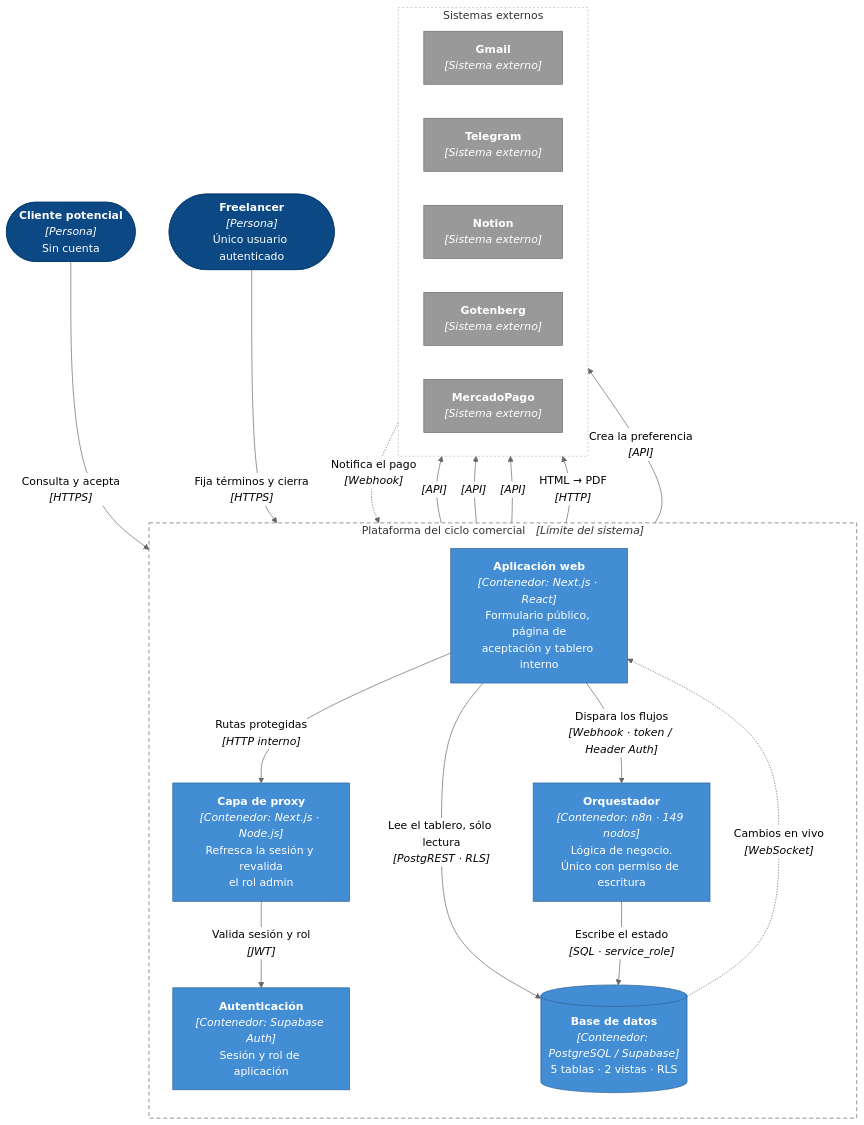
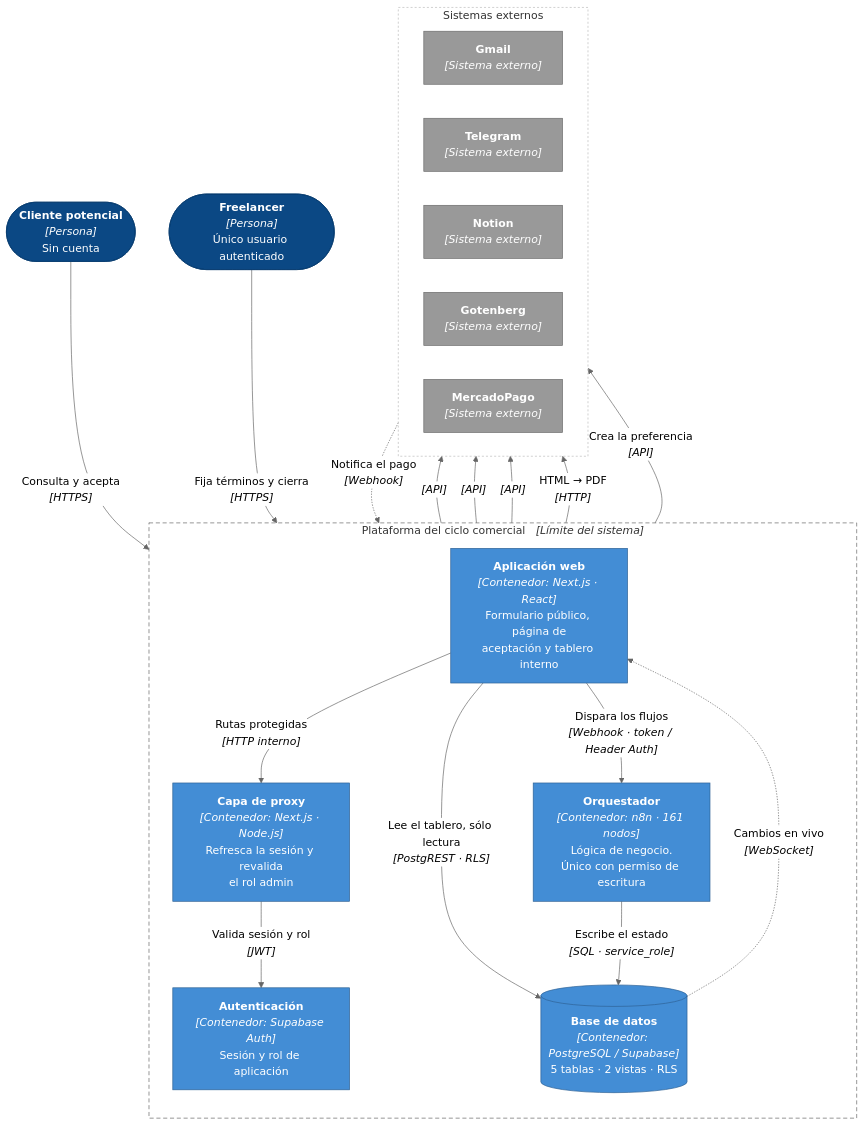
The diagram in FormularioLeads/docs/figura-c4-contenedores.mmd (Boit-6/Tesis), drawn with Mermaid (neutral theme) before and after one commit. The commit also changed 12 other files, not shown here.

```diff
--- a/FormularioLeads/docs/figura-c4-contenedores.mmd
+++ b/FormularioLeads/docs/figura-c4-contenedores.mmd
@@ -1,55 +1,55 @@
 flowchart TB
 %% Diagrama de contenedores — C4 nivel 2
 %% Automatización del Ciclo de Vida del Cliente para Freelancers con n8n
 %% Sigue las convenciones del modelo C4 (Simon Brown): personas, límite del
 %% sistema, contenedores desplegables por separado con su tecnología entre
 %% corchetes, y sistemas externos. Cada relación indica protocolo.
 %% Se dibuja con flowchart en lugar de la extensión C4 de Mermaid porque esta
 %% última superpone las etiquetas cuando hay más de diez relaciones.
     cliente(["<b>Cliente potencial</b><br/><i>[Persona]</i><br/>Sin cuenta"])
     freelancer(["<b>Freelancer</b><br/><i>[Persona]</i><br/>Único usuario autenticado"])
 
     subgraph sistema["Plataforma del ciclo comercial &nbsp;&nbsp;<i>[Límite del sistema]</i>"]
         direction TB
         spa["<b>Aplicación web</b><br/><i>[Contenedor: Next.js · React]</i><br/>Formulario público, página de<br/>aceptación y tablero interno"]
         proxy["<b>Capa de proxy</b><br/><i>[Contenedor: Next.js · Node.js]</i><br/>Refresca la sesión y revalida<br/>el rol admin"]
-        n8n["<b>Orquestador</b><br/><i>[Contenedor: n8n · 149 nodos]</i><br/>Lógica de negocio.<br/>Único con permiso de escritura"]
+        n8n["<b>Orquestador</b><br/><i>[Contenedor: n8n · 161 nodos]</i><br/>Lógica de negocio.<br/>Único con permiso de escritura"]
         db[("<b>Base de datos</b><br/><i>[Contenedor: PostgreSQL / Supabase]</i><br/>5 tablas · 2 vistas · RLS")]
         auth["<b>Autenticación</b><br/><i>[Contenedor: Supabase Auth]</i><br/>Sesión y rol de aplicación"]
     end
 
     subgraph externos["Sistemas externos"]
         direction LR
         gmail["<b>Gmail</b><br/><i>[Sistema externo]</i>"]
         telegram["<b>Telegram</b><br/><i>[Sistema externo]</i>"]
         notion["<b>Notion</b><br/><i>[Sistema externo]</i>"]
         gotenberg["<b>Gotenberg</b><br/><i>[Sistema externo]</i>"]
         mp["<b>MercadoPago</b><br/><i>[Sistema externo]</i>"]
     end
 
     cliente -->|"Consulta y acepta<br/><i>[HTTPS]</i>"| spa
     freelancer -->|"Fija términos y cierra<br/><i>[HTTPS]</i>"| spa
 
     spa -->|"Rutas protegidas<br/><i>[HTTP interno]</i>"| proxy
     proxy -->|"Valida sesión y rol<br/><i>[JWT]</i>"| auth
     spa -->|"Dispara los flujos<br/><i>[Webhook · token / Header Auth]</i>"| n8n
     spa -->|"Lee el tablero, sólo lectura<br/><i>[PostgREST · RLS]</i>"| db
     db -.->|"Cambios en vivo<br/><i>[WebSocket]</i>"| spa
 
     n8n -->|"Escribe el estado<br/><i>[SQL · service_role]</i>"| db
     n8n -->|"<i>[API]</i>"| gmail
     n8n -->|"<i>[API]</i>"| telegram
     n8n -->|"<i>[API]</i>"| notion
     n8n -->|"HTML → PDF<br/><i>[HTTP]</i>"| gotenberg
     n8n -->|"Crea la preferencia<br/><i>[API]</i>"| mp
     mp -.->|"Notifica el pago<br/><i>[Webhook]</i>"| n8n
 
     classDef persona fill:#0b4884,stroke:#073b6f,color:#ffffff;
     classDef contenedor fill:#438dd5,stroke:#2e6295,color:#ffffff;
     classDef externo fill:#999999,stroke:#6b6b6b,color:#ffffff;
     class cliente,freelancer persona;
     class spa,proxy,n8n,db,auth contenedor;
     class gmail,telegram,notion,gotenberg,mp externo;
 
     style sistema fill:none,stroke:#666666,stroke-dasharray:6 4
     style externos fill:none,stroke:#bbbbbb,stroke-dasharray:3 3
```
